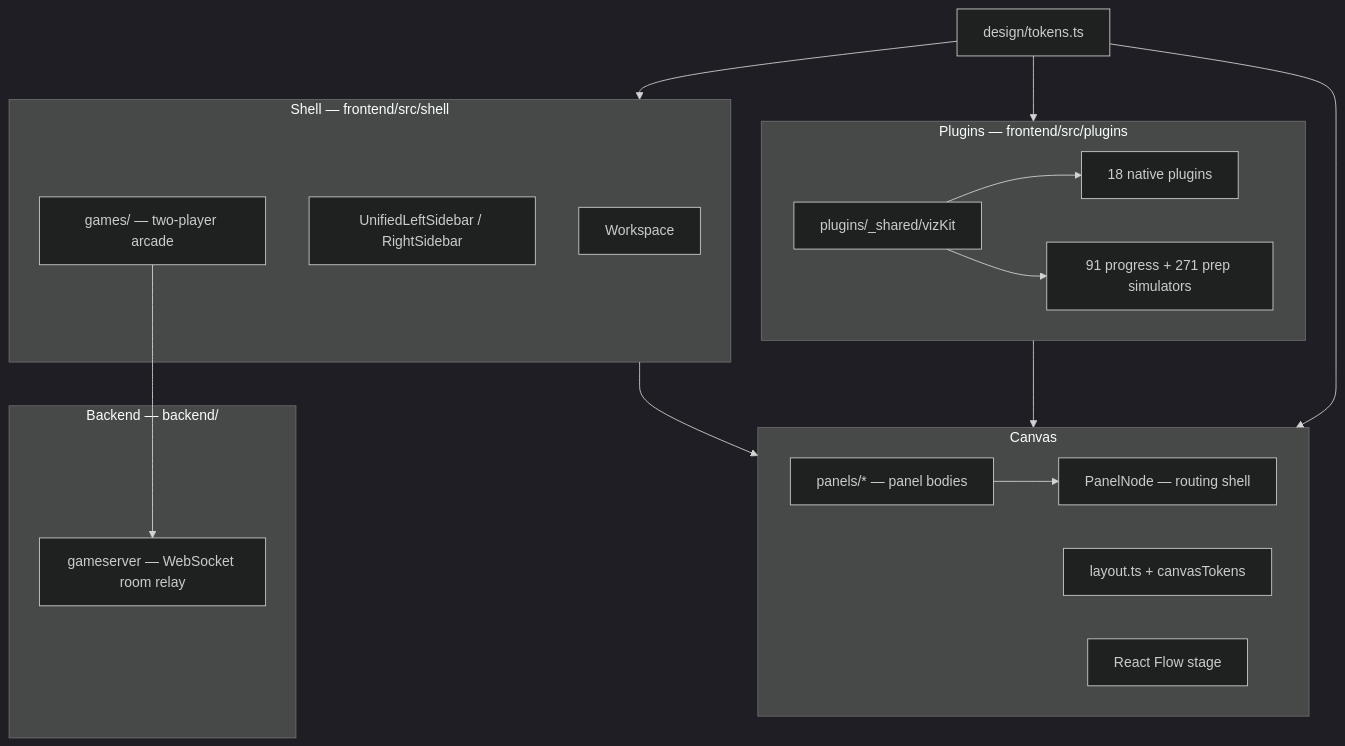
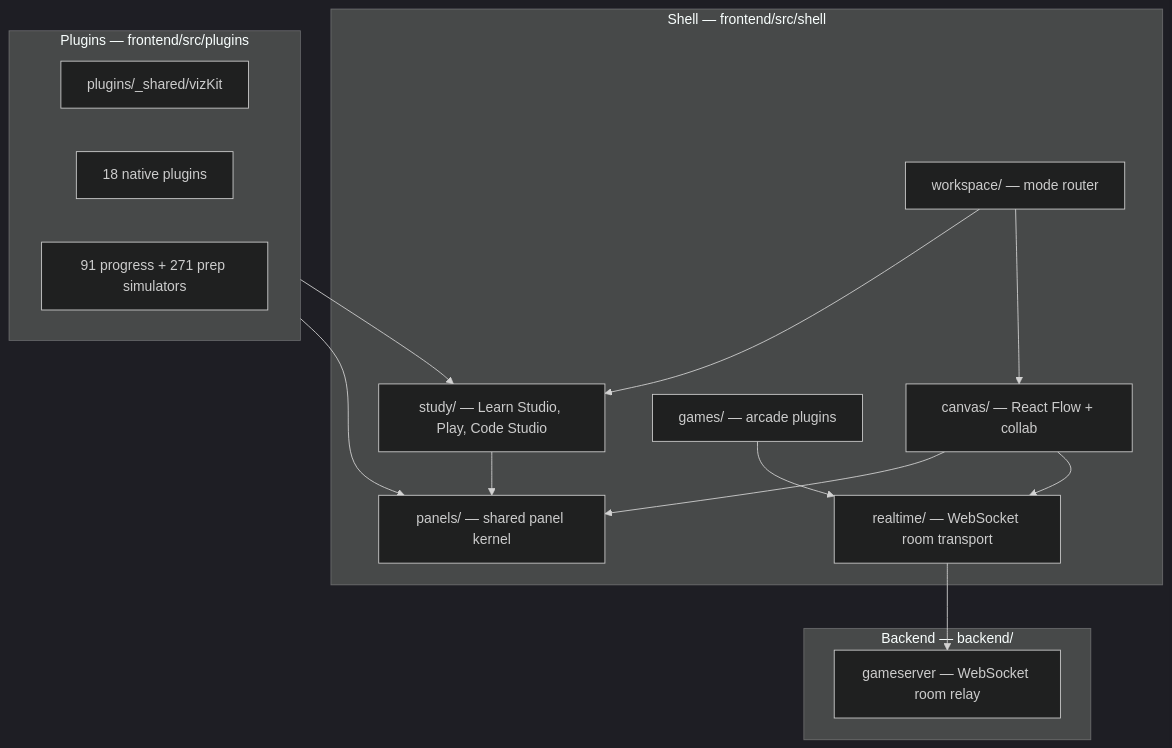
Before and after one commit to samir-ahmed-ai/algo-moves: the diagram in docs/architecture.md, drawn with Mermaid (dark theme). The commit also changed other lines of this file and 161 other files, not shown here.

First line of the commit message:
feat(content): introduce learning content schema and API endpoints

````diff
--- a/docs/architecture.md
+++ b/docs/architecture.md
@@ -5,31 +5,28 @@
 ```mermaid
 flowchart TB
   subgraph shell [Shell — frontend/src/shell]
-    Workspace
-    Sidebars["UnifiedLeftSidebar / RightSidebar"]
-    GamesArcade["games/ — two-player arcade"]
-  end
-  subgraph canvas [Canvas]
-    PanelNode["PanelNode — routing shell"]
-    panels["panels/* — panel bodies"]
-    layout["layout.ts + canvasTokens"]
-    flow["React Flow stage"]
+    Workspace["workspace/ — mode router"]
+    Study["study/ — Learn Studio, Play, Code Studio"]
+    Canvas["canvas/ — React Flow + collab"]
+    Panels["panels/ — shared panel kernel"]
+    Realtime["realtime/ — WebSocket room transport"]
+    GamesArcade["games/ — arcade plugins"]
   end
   subgraph plugins [Plugins — frontend/src/plugins]
     vizKit["plugins/_shared/vizKit"]
     native["18 native plugins"]
     imported["91 progress + 271 prep simulators"]
   end
   subgraph backend [Backend — backend/]
     GameServer["gameserver — WebSocket room relay"]
   end
-  shell --> canvas
-  plugins --> canvas
-  GamesArcade --> GameServer
-  design["design/tokens.ts"] --> shell
-  design --> canvas
-  design --> plugins
-  vizKit --> native
-  vizKit --> imported
-  panels --> PanelNode
+  Workspace --> Study
+  Workspace --> Canvas
+  Study --> Panels
+  Canvas --> Panels
+  Canvas --> Realtime
+  GamesArcade --> Realtime
+  Realtime --> GameServer
+  plugins --> Panels
+  plugins --> Study
 ```
````
